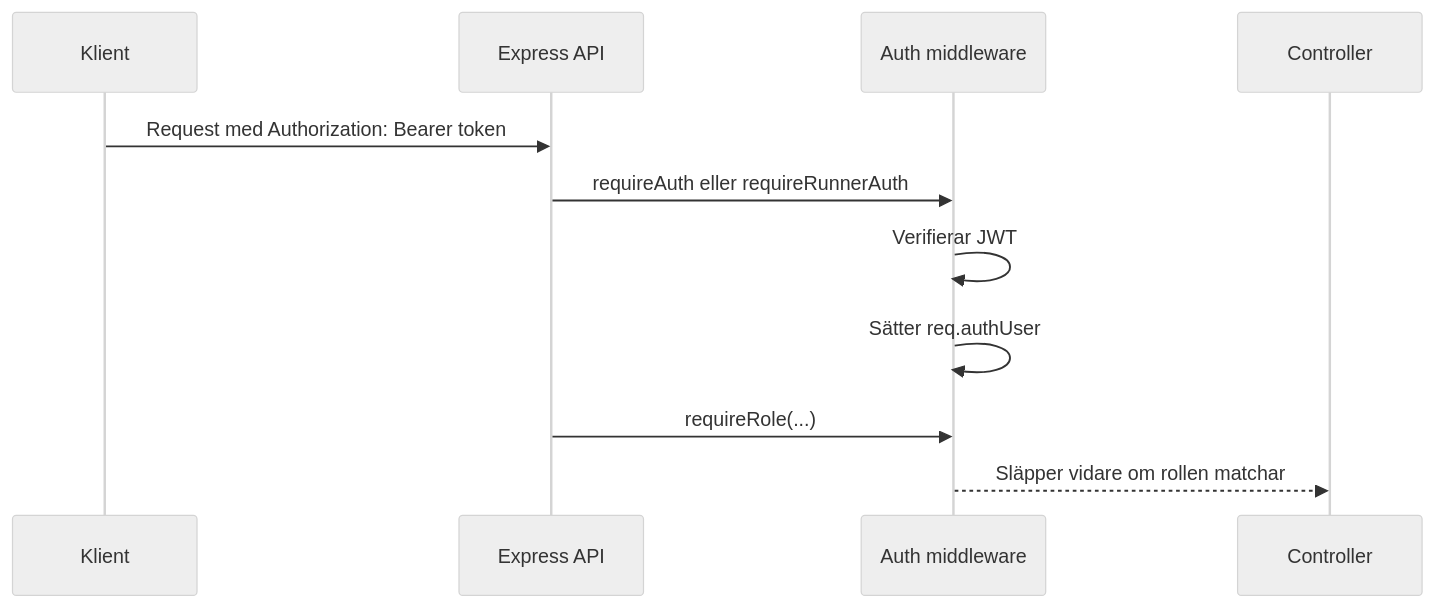
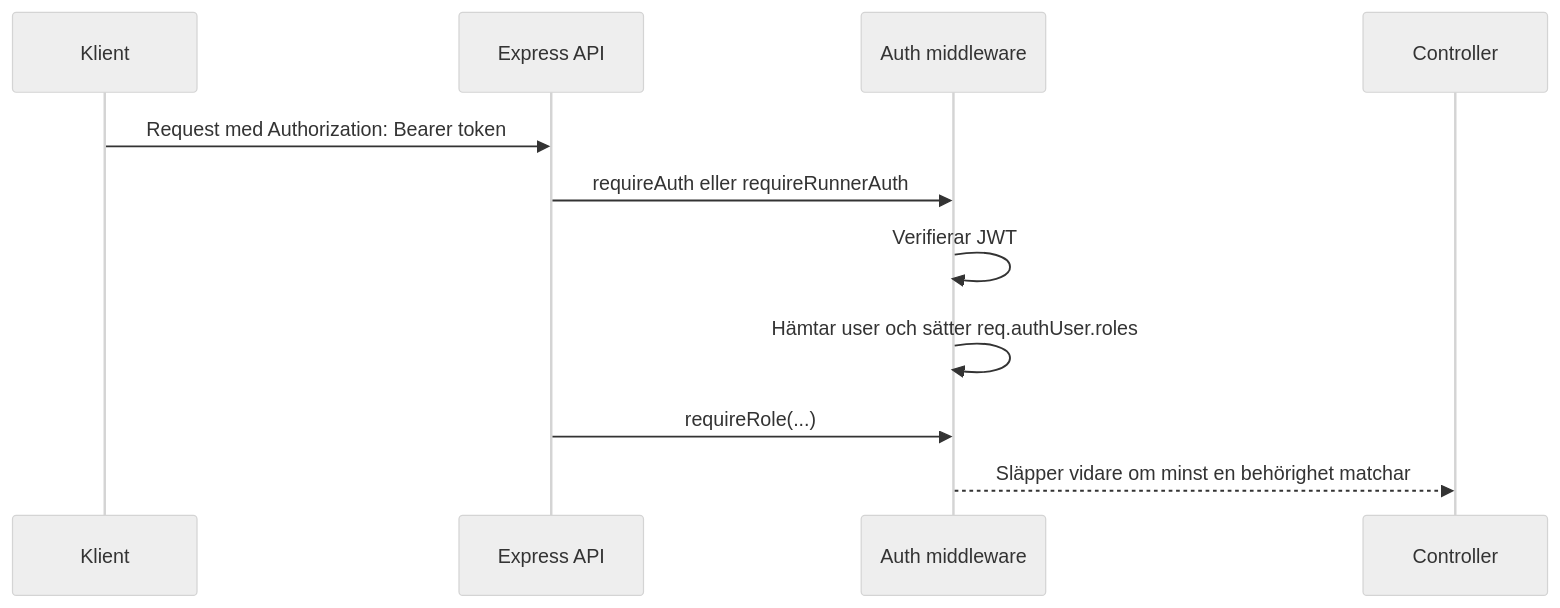
Before and after one commit to zaida-wiss/Backyard_Ultra: the third of 5 diagrams in docs/api-floden.md, drawn with Mermaid (neutral theme). The commit also changed other lines of this file and 32 other files, not shown here.

````diff
--- a/docs/api-floden.md
+++ b/docs/api-floden.md
@@ -46,14 +46,14 @@
 ```mermaid
 sequenceDiagram
   participant Client as Klient
   participant API as Express API
   participant Auth as Auth middleware
   participant Controller
 
   Client->>API: Request med Authorization: Bearer token
   API->>Auth: requireAuth eller requireRunnerAuth
   Auth->>Auth: Verifierar JWT
-  Auth->>Auth: Sätter req.authUser
+  Auth->>Auth: Hämtar user och sätter req.authUser.roles
   API->>Auth: requireRole(...)
-  Auth-->>Controller: Släpper vidare om rollen matchar
+  Auth-->>Controller: Släpper vidare om minst en behörighet matchar
 ```
````
